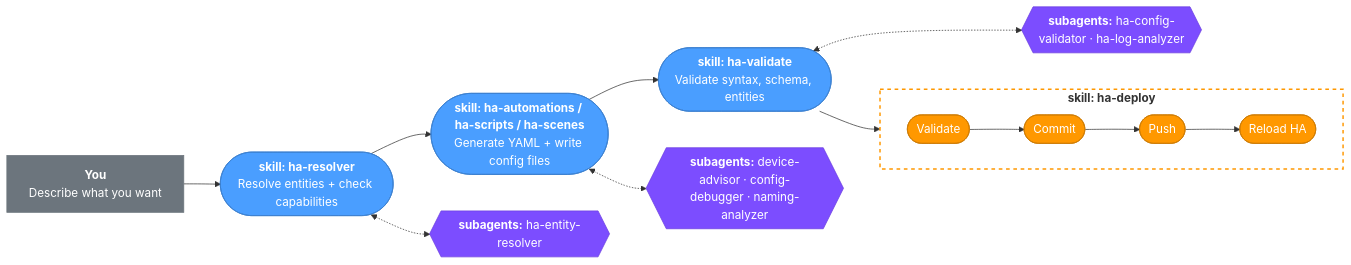
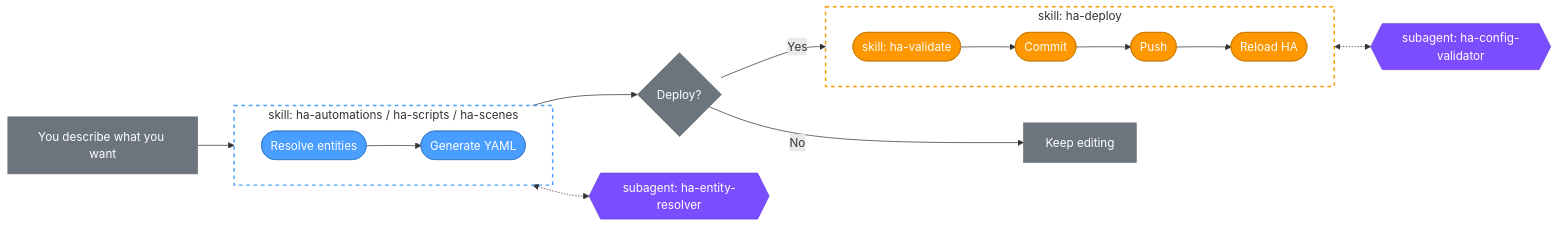
Before and after one commit to Benny-Lewis/home-assistant-assistant: the first of 4 diagrams in README.md, drawn with Mermaid. The commit also changed other lines of this file, not shown here.

First line of the commit message:
docs: replace How It Works diagrams with GitHub-compatible Mermaid

````diff
--- a/README.md
+++ b/README.md
@@ -72,29 +72,35 @@
 ```mermaid
 flowchart LR
-    A["<b>You</b><br/>Describe what you want"] --> B
-    B(["<b>skill: ha-resolver</b><br/>Resolve entities + check capabilities"]) --> C
-    C(["<b>skill: ha-automations / ha-scripts / ha-scenes</b><br/>Generate YAML + write config files"]) --> D
-    D(["<b>skill: ha-validate</b><br/>Validate syntax, schema, entities"]) --> E2
+    A[You describe what you want] --> B
 
-    B <-.-> AG1{{"<b>subagents:</b> ha-entity-resolver"}}
-    C <-.-> AG2{{"<b>subagents:</b> device-advisor · config-debugger · naming-analyzer"}}
-    D <-.-> AG3{{"<b>subagents:</b> ha-config-validator · ha-log-analyzer"}}
-
-    subgraph deploy ["<b>skill: ha-deploy</b>"]
+    subgraph gen [skill: ha-automations / ha-scripts / ha-scenes]
         direction LR
-        E2(["Validate"]) --> F(["Commit"]) --> G(["Push"]) --> H(["Reload HA"])
+        B([Resolve entities]) --> C([Generate YAML])
     end
 
+    C --> D{Deploy?}
+    D -- Yes --> E2
+    D -- No --> I[Keep editing]
+
+    subgraph deploy [skill: ha-deploy]
+        direction LR
+        E2([skill: ha-validate]) --> F([Commit]) --> G([Push]) --> H([Reload HA])
+    end
+
+    B <-.-> AG1{{subagent: ha-entity-resolver}}
+    E2 <-.-> AG2{{subagent: ha-config-validator}}
+
     style A fill:#6c757d,color:#fff,stroke:#6c757d
+    style I fill:#6c757d,color:#fff,stroke:#6c757d
     style B fill:#4a9eff,color:#fff,stroke:#3a7fcf
     style C fill:#4a9eff,color:#fff,stroke:#3a7fcf
-    style D fill:#4a9eff,color:#fff,stroke:#3a7fcf
+    style D fill:#6c757d,color:#fff,stroke:#6c757d
     style E2 fill:#ff9800,color:#fff,stroke:#cc7a00
     style F fill:#ff9800,color:#fff,stroke:#cc7a00
     style G fill:#ff9800,color:#fff,stroke:#cc7a00
     style H fill:#ff9800,color:#fff,stroke:#cc7a00
+    style gen fill:none,stroke:#4a9eff,stroke-width:2px,stroke-dasharray:5 5
     style deploy fill:none,stroke:#ff9800,stroke-width:2px,stroke-dasharray:5 5
     style AG1 fill:#7c4dff,color:#fff,stroke:#6a3de0
     style AG2 fill:#7c4dff,color:#fff,stroke:#6a3de0
-    style AG3 fill:#7c4dff,color:#fff,stroke:#6a3de0
 ```
````
